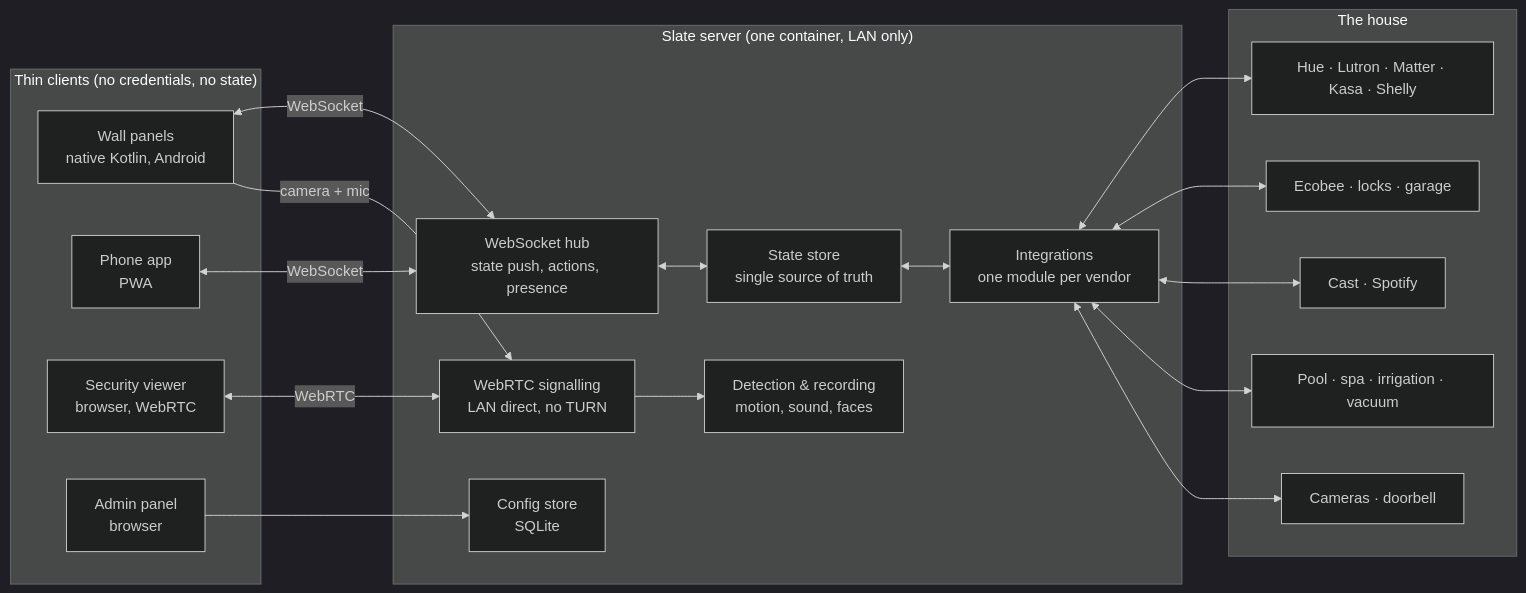
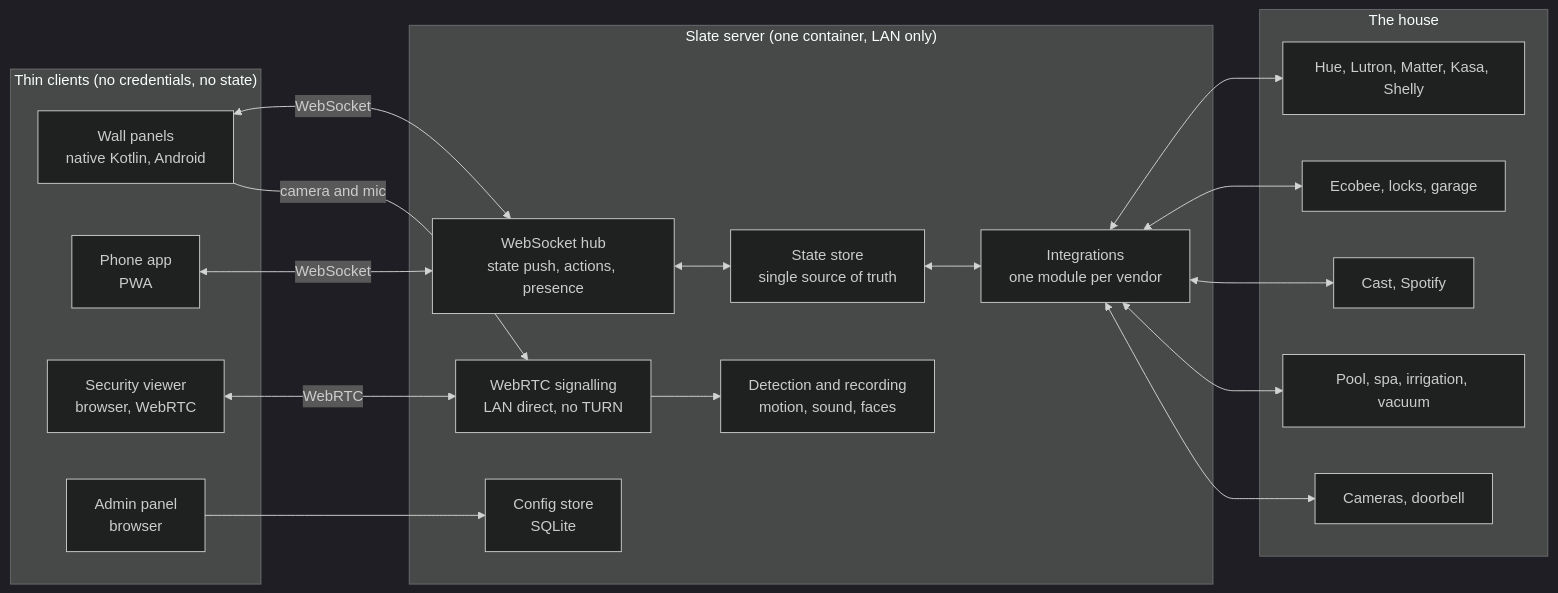
The diagram in README.md (dfalpha/slate-overview), drawn with Mermaid (dark theme) before and after one commit.

Commit message:
Mermaid: no ampersands, entities or self-closing tags in labels, so GitHub renders the diagram
Claude-Session: https://claude.ai/code/session_0122inxVJEpK6WifcGfDwnfo

````diff
--- a/README.md
+++ b/README.md
@@ -145,40 +145,40 @@
 ```mermaid
 flowchart LR
   subgraph clients["Thin clients (no credentials, no state)"]
-    T["Wall panels<br/>native Kotlin, Android"]
-    P["Phone app<br/>PWA"]
-    V["Security viewer<br/>browser, WebRTC"]
-    A["Admin panel<br/>browser"]
+    T["Wall panels<br>native Kotlin, Android"]
+    P["Phone app<br>PWA"]
+    V["Security viewer<br>browser, WebRTC"]
+    A["Admin panel<br>browser"]
   end
 
   subgraph server["Slate server (one container, LAN only)"]
-    H["WebSocket hub<br/>state push, actions, presence"]
-    S["State store<br/>single source of truth"]
-    C["Config store<br/>SQLite"]
-    I["Integrations<br/>one module per vendor"]
-    D["Detection & recording<br/>motion, sound, faces"]
-    R["WebRTC signalling<br/>LAN direct, no TURN"]
+    H["WebSocket hub<br>state push, actions, presence"]
+    S["State store<br>single source of truth"]
+    C["Config store<br>SQLite"]
+    I["Integrations<br>one module per vendor"]
+    D["Detection and recording<br>motion, sound, faces"]
+    R["WebRTC signalling<br>LAN direct, no TURN"]
   end
 
   subgraph devices["The house"]
-    L["Hue · Lutron · Matter · Kasa · Shelly"]
-    K["Ecobee · locks · garage"]
-    M["Cast · Spotify"]
-    W["Pool · spa · irrigation · vacuum"]
-    E["Cameras · doorbell"]
+    L["Hue, Lutron, Matter, Kasa, Shelly"]
+    K["Ecobee, locks, garage"]
+    M["Cast, Spotify"]
+    W["Pool, spa, irrigation, vacuum"]
+    E["Cameras, doorbell"]
   end
 
   T <-->|WebSocket| H
   P <-->|WebSocket| H
   A --> C
   V <-->|WebRTC| R
-  T -->|camera + mic| R
+  T -->|camera and mic| R
   R --> D
   H <--> S
   S <--> I
   I <--> L
   I <--> K
   I <--> M
   I <--> W
   I <--> E
 ```
````
